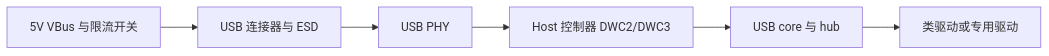
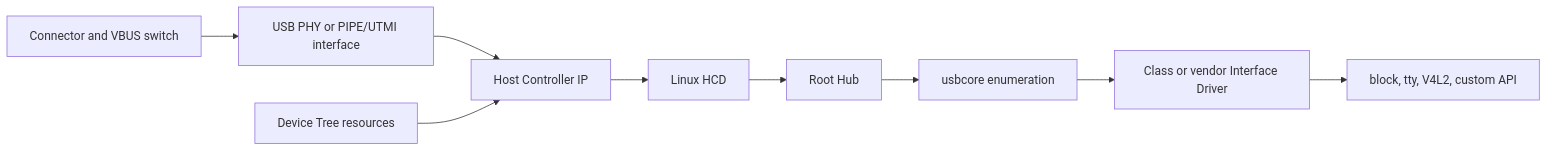
Before and after one commit to cdragon-ljl/EEandEdgeAI: the first of 2 diagrams in docs/articles/usb/usb-09-usb-host-controller-device-tree-bring-up.md, drawn with Mermaid. The commit also changed other lines of this file and 3 other files, not shown here.

````diff
--- a/docs/articles/usb/usb-09-usb-host-controller-device-tree-bring-up.md
+++ b/docs/articles/usb/usb-09-usb-host-controller-device-tree-bring-up.md
@@ -18,8 +18,11 @@
 ```mermaid
 flowchart LR
-    A[5V VBus 与限流开关] --> B[USB 连接器与 ESD]
-    B --> C[USB PHY]
-    C --> D[Host 控制器 DWC2/DWC3]
-    D --> E[USB core 与 hub]
-    E --> F[类驱动或专用驱动]
+    CON[Connector and VBUS switch] --> PHY[USB PHY or PIPE/UTMI interface]
+    PHY --> HC[Host Controller IP]
+    DT[Device Tree resources] --> HC
+    HC --> HCD[Linux HCD]
+    HCD --> RH[Root Hub]
+    RH --> CORE[usbcore enumeration]
+    CORE --> CLASS[Class or vendor Interface Driver]
+    CLASS --> API[block, tty, V4L2, custom API]
 ```
````
